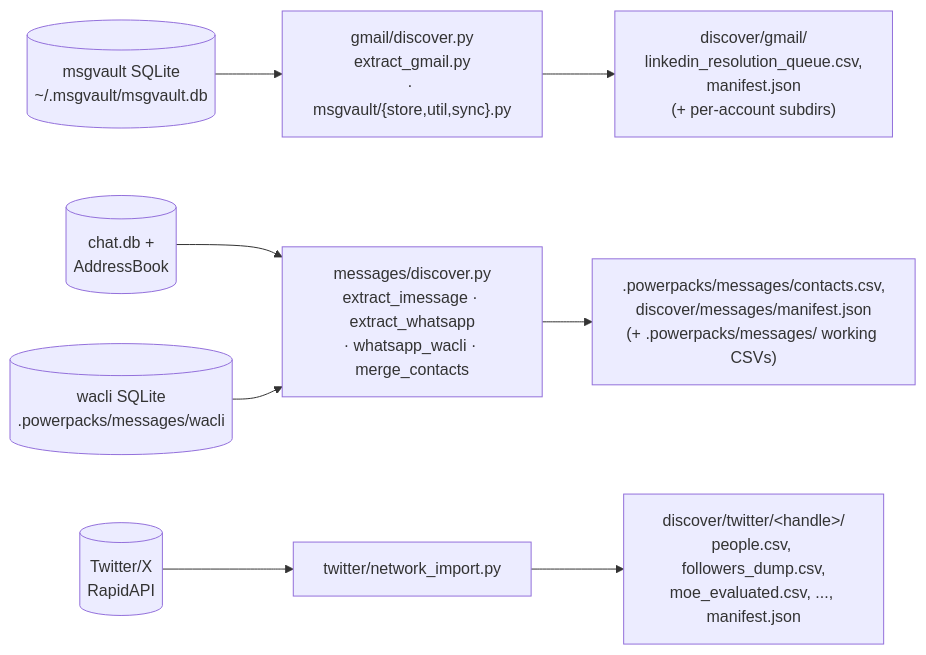
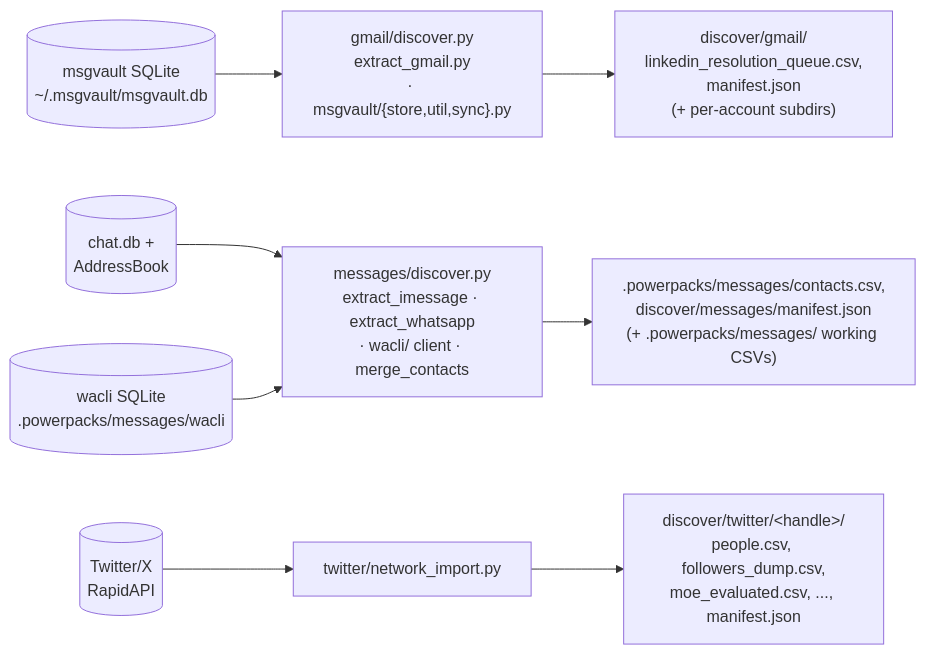
The diagram in packs/ingestion/primitives/discover/README.md (powerset-co/powerpacks), drawn with Mermaid before and after one commit. The commit also changed other lines of this file and 26 other files, not shown here.

````diff
--- a/packs/ingestion/primitives/discover/README.md
+++ b/packs/ingestion/primitives/discover/README.md
@@ -70,16 +70,16 @@
 ```mermaid
 flowchart LR
   MV[("msgvault SQLite<br/>~/.msgvault/msgvault.db")]
   CDB[("chat.db +<br/>AddressBook")]
   WA[("wacli SQLite<br/>.powerpacks/messages/wacli")]
   TW[("Twitter/X<br/>RapidAPI")]
 
   MV --> GDISC["gmail/discover.py<br/>extract_gmail.py<br/>· msgvault/{store,util,sync}.py"]
-  CDB --> MDISC["messages/discover.py<br/>extract_imessage · extract_whatsapp<br/>· whatsapp_wacli · merge_contacts"]
+  CDB --> MDISC["messages/discover.py<br/>extract_imessage · extract_whatsapp<br/>· wacli/ client · merge_contacts"]
   WA --> MDISC
   TW --> TDISC["twitter/network_import.py"]
 
   GDISC --> GOUT["discover/gmail/<br/>linkedin_resolution_queue.csv,<br/>manifest.json<br/>(+ per-account subdirs)"]
   MDISC --> MOUT[".powerpacks/messages/contacts.csv,<br/>discover/messages/manifest.json<br/>(+ .powerpacks/messages/ working CSVs)"]
   TDISC --> TOUT["discover/twitter/&lt;handle&gt;/<br/>people.csv, followers_dump.csv,<br/>moe_evaluated.csv, ..., manifest.json"]
 ```
````
